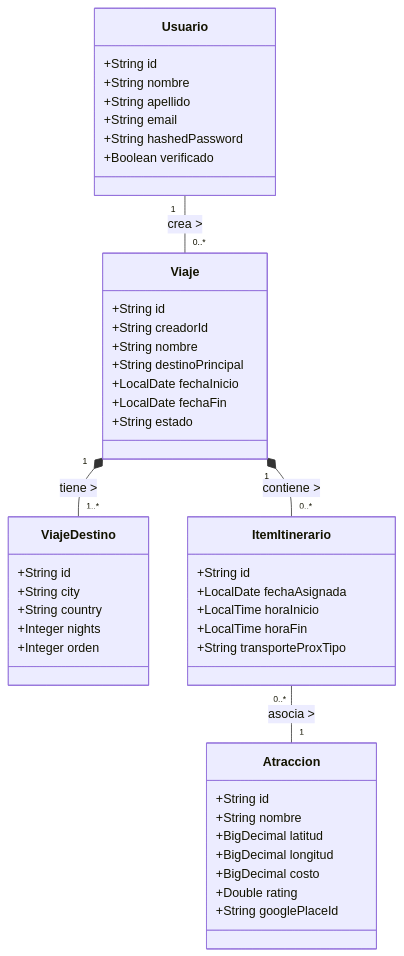
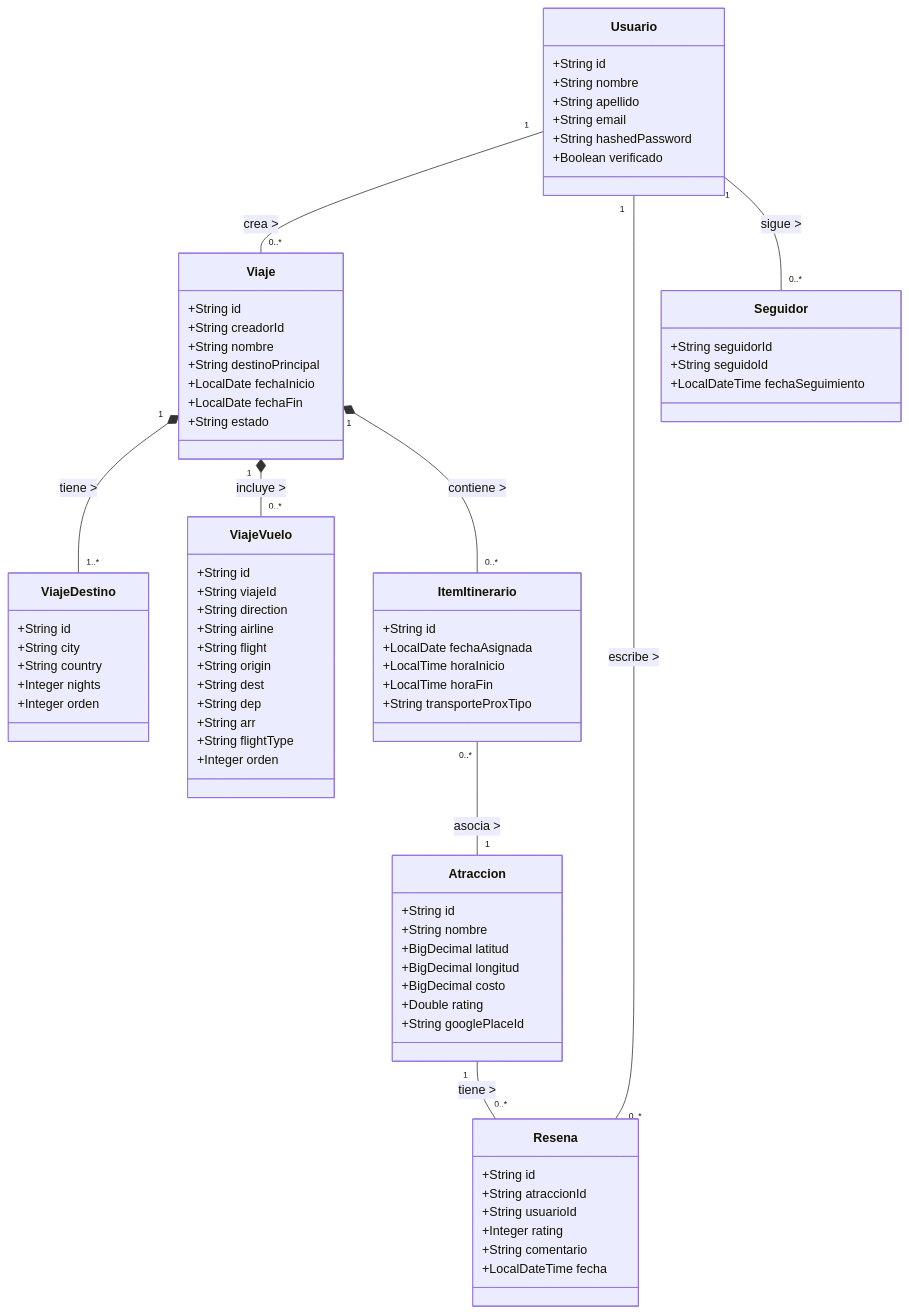
Before and after one commit to UCH-LDS-2026/grupo-10: the second of 2 diagrams in README.md, drawn with Mermaid. The commit also changed other lines of this file, not shown here.

Commit message:
README.md

````diff
--- a/README.md
+++ b/README.md
@@ -111,6 +121,20 @@
         +Integer orden
     }
 
+    class ViajeVuelo {
+        +String id
+        +String viajeId
+        +String direction
+        +String airline
+        +String flight
+        +String origin
+        +String dest
+        +String dep
+        +String arr
+        +String flightType
+        +Integer orden
+    }
+
     class ItemItinerario {
         +String id
         +LocalDate fechaAsignada
@@ -129,8 +153,27 @@
         +String googlePlaceId
     }
 
+    class Resena {
+        +String id
+        +String atraccionId
+        +String usuarioId
+        +Integer rating
+        +String comentario
+        +LocalDateTime fecha
+    }
+
+    class Seguidor {
+        +String seguidorId
+        +String seguidoId
+        +LocalDateTime fechaSeguimiento
+    }
+
     Usuario "1" -- "0..*" Viaje : crea >
+    Usuario "1" -- "0..*" Resena : escribe >
+    Usuario "1" -- "0..*" Seguidor : sigue >
+    Atraccion "1" -- "0..*" Resena : tiene >
     Viaje "1" *-- "1..*" ViajeDestino : tiene >
+    Viaje "1" *-- "0..*" ViajeVuelo : incluye >
     Viaje "1" *-- "0..*" ItemItinerario : contiene >
     ItemItinerario "0..*" -- "1" Atraccion : asocia >
 ```
````
